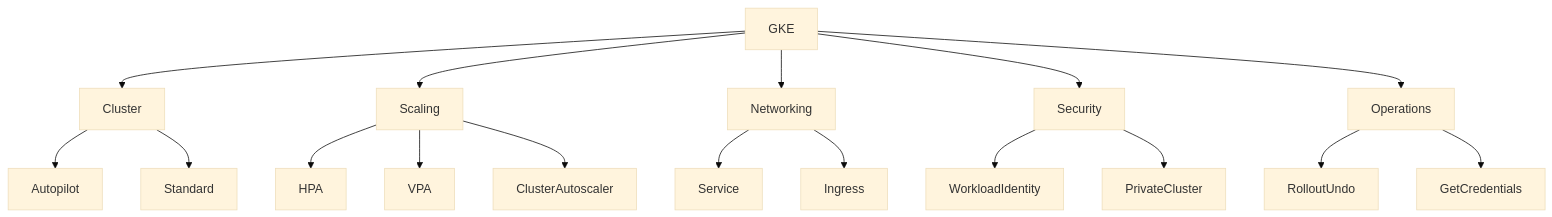
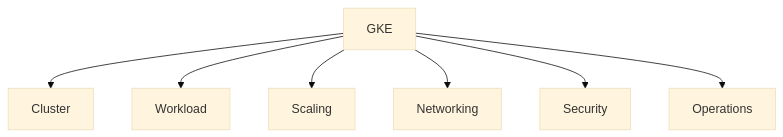
One commit to conti0513/development_public changed the sixth of 8 diagrams in 06_LAB/01_GCP_ACE_HACK/sessions_ver262/04_gke.md. Above: the diagram before and after it, drawn with Mermaid (base theme). The commit also changed other lines of this file and 22 other files, not shown here.

Commit message:
refactor: restructure ACE study sessions and add cost/security/service-selection modules

````diff
--- a/06_LAB/01_GCP_ACE_HACK/sessions_ver262/04_gke.md
+++ b/06_LAB/01_GCP_ACE_HACK/sessions_ver262/04_gke.md
@@ -626,24 +548,9 @@
 ```mermaid
 graph TD
 GKE --> Cluster
+GKE --> Workload
 GKE --> Scaling
 GKE --> Networking
 GKE --> Security
 GKE --> Operations
-
-Cluster --> Autopilot
-Cluster --> Standard
-
-Scaling --> HPA
-Scaling --> VPA
-Scaling --> ClusterAutoscaler
-
-Networking --> Service
-Networking --> Ingress
-
-Security --> WorkloadIdentity
-Security --> PrivateCluster
-
-Operations --> RolloutUndo
-Operations --> GetCredentials
 ```
````
